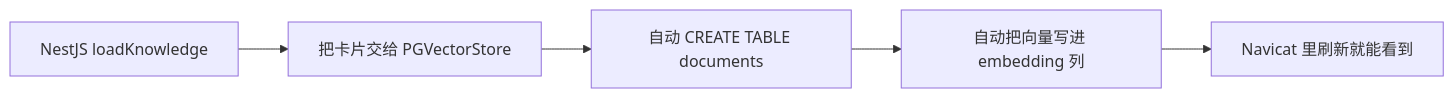
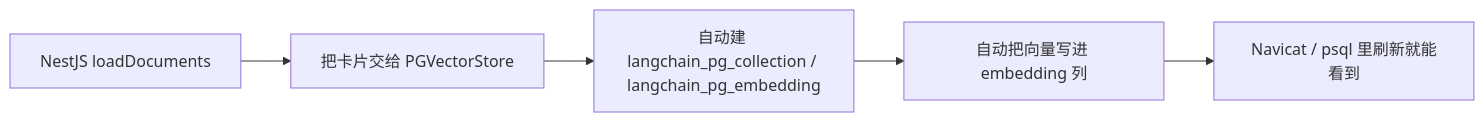
Before and after one commit to zhonglove/zhonglove.github.io: the third of 4 diagrams in docs/articles/nestjs-langchain-vectorstore.md, drawn with Mermaid. The commit also changed other lines of this file and 4 other files, not shown here.

````diff
--- a/docs/articles/nestjs-langchain-vectorstore.md
+++ b/docs/articles/nestjs-langchain-vectorstore.md
@@ -214,7 +620,7 @@
 ```mermaid
 flowchart LR
-    A[NestJS loadKnowledge] --> B[把卡片交给 PGVectorStore]
-    B --> C["自动 CREATE TABLE documents"]
+    A["NestJS loadDocuments"] --> B["把卡片交给 PGVectorStore"]
+    B --> C["自动建 langchain_pg_collection / langchain_pg_embedding"]
     C --> D["自动把向量写进 embedding 列"]
-    D --> E[Navicat 里刷新就能看到]
+    D --> E["Navicat / psql 里刷新就能看到"]
 ```
````
